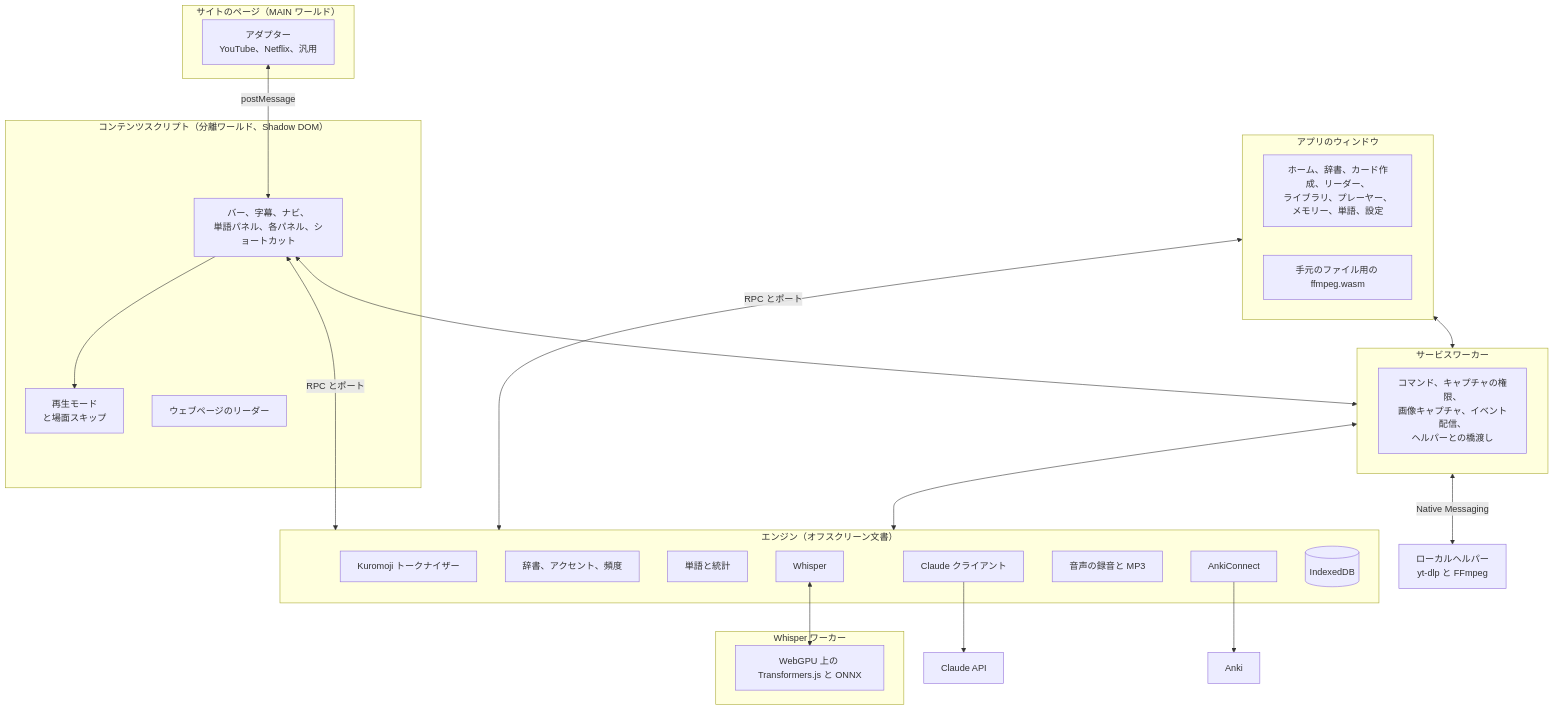
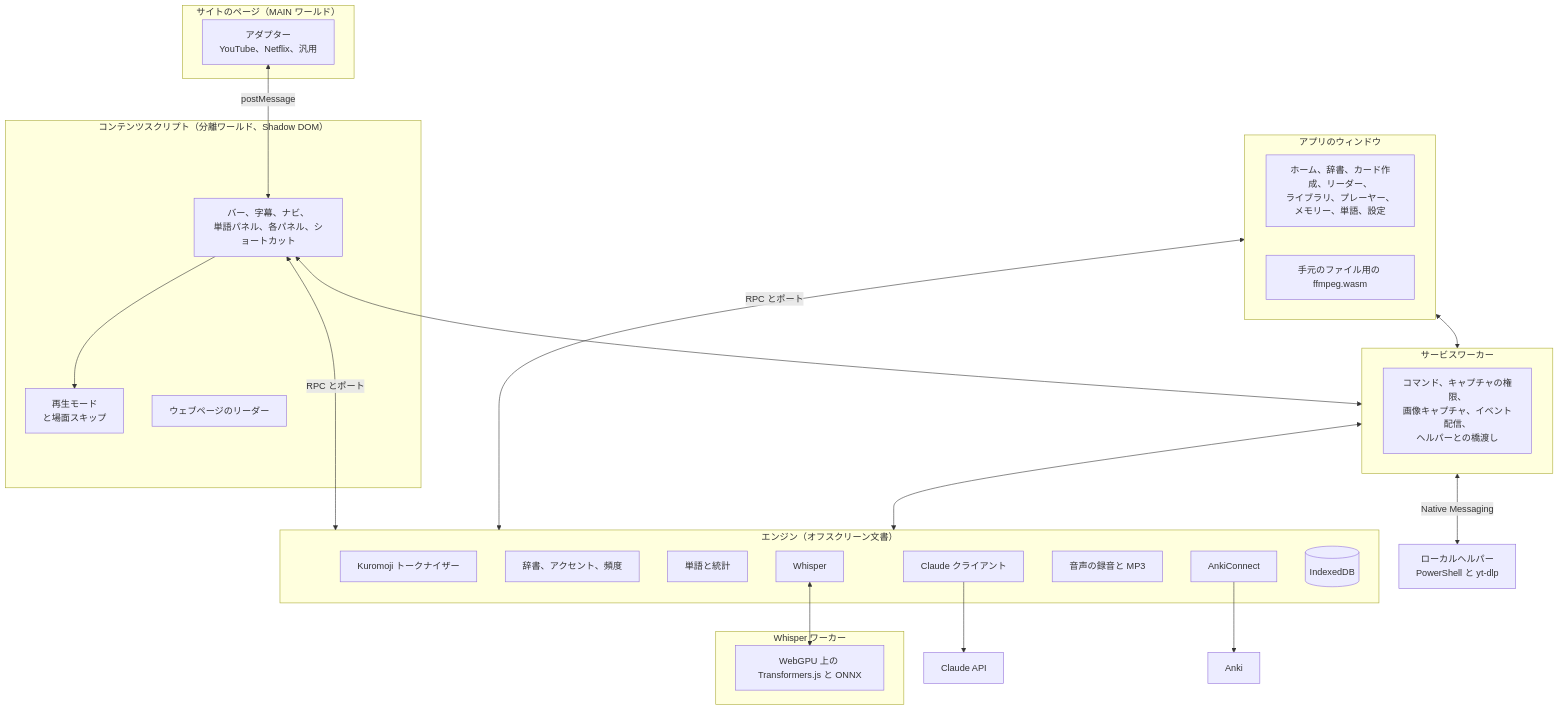
One commit to Eliam4510/kotonoha changed the diagram in docs/ja/architecture.md. Above: the diagram before and after it, drawn with Mermaid. The commit also changed other lines of this file and 83 other files, not shown here.

````diff
--- a/docs/ja/architecture.md
+++ b/docs/ja/architecture.md
@@ -9,42 +9,42 @@
 ```mermaid
 flowchart TB
   subgraph Pagina["サイトのページ（MAIN ワールド）"]
     AD["アダプター<br/>YouTube、Netflix、汎用"]
   end
   subgraph Contenido["コンテンツスクリプト（分離ワールド、Shadow DOM）"]
     UI["バー、字幕、ナビ、<br/>単語パネル、各パネル、ショートカット"]
     MODO["再生モード<br/>と場面スキップ"]
     WEB["ウェブページのリーダー"]
   end
   subgraph SW["サービスワーカー"]
     RUTA["コマンド、キャプチャの権限、<br/>画像キャプチャ、イベント配信、<br/>ヘルパーとの橋渡し"]
   end
   subgraph Motor["エンジン（オフスクリーン文書）"]
     TOK["Kuromoji トークナイザー"]
     DIC["辞書、アクセント、頻度"]
     PAL["単語と統計"]
     IA["Claude クライアント"]
     ANKI["AnkiConnect"]
     REC["音声の録音と MP3"]
     WH["Whisper"]
     DB[("IndexedDB")]
   end
   subgraph Trabajador["Whisper ワーカー"]
     GPU["WebGPU 上の Transformers.js と ONNX"]
   end
   subgraph App["アプリのウィンドウ"]
     PANT["ホーム、辞書、カード作成、リーダー、<br/>ライブラリ、プレーヤー、メモリー、単語、設定"]
     FF["手元のファイル用の ffmpeg.wasm"]
   end
   AD <-->|postMessage| UI
   UI --> MODO
   UI <-->|RPC とポート| Motor
   UI <--> SW
   App <-->|RPC とポート| Motor
   App <--> SW
   SW <--> Motor
-  SW <-->|Native Messaging| AY["ローカルヘルパー<br/>yt-dlp と FFmpeg"]
+  SW <-->|Native Messaging| AY["ローカルヘルパー<br/>PowerShell と yt-dlp"]
   WH <--> GPU
   IA --> CL["Claude API"]
   ANKI --> AN["Anki"]
 ```
````
